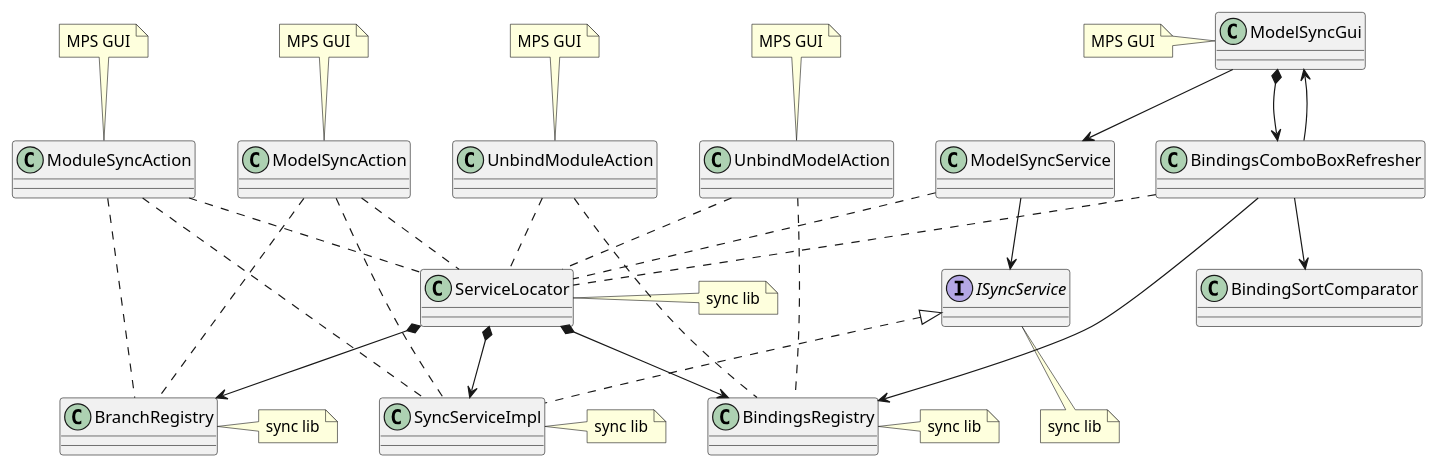
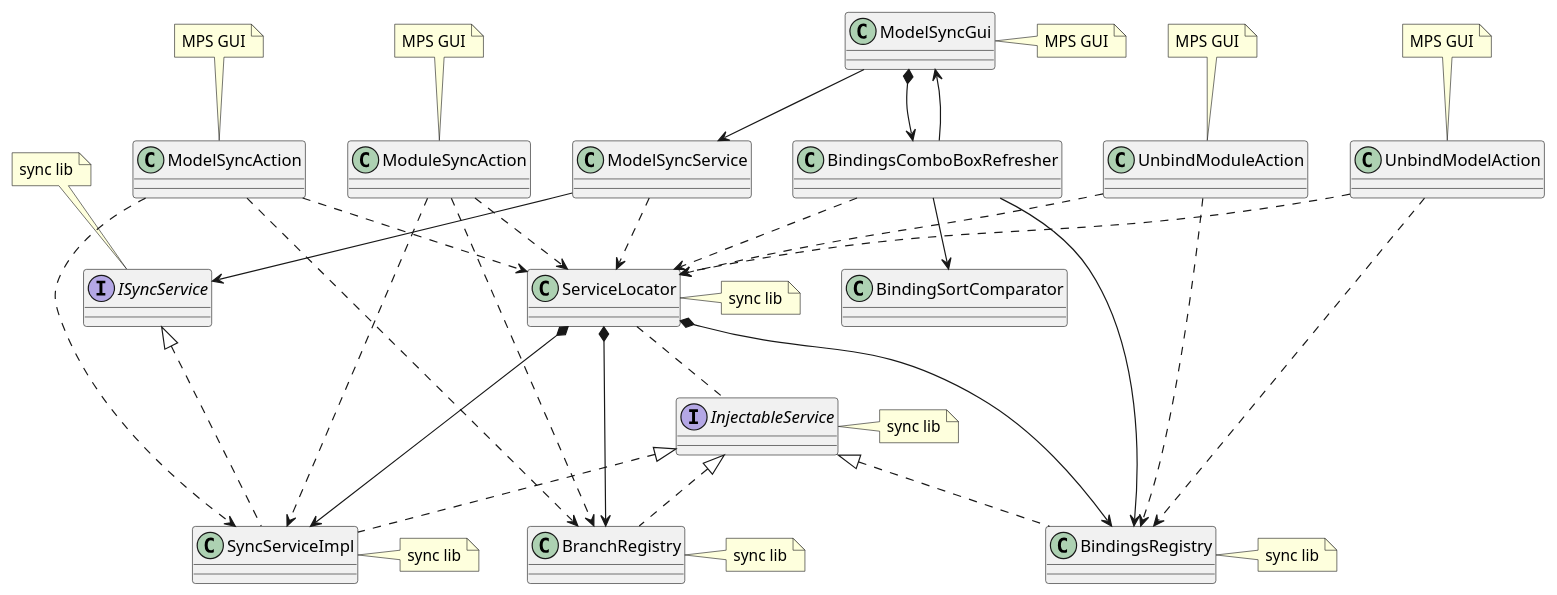
Before and after one commit to modelix/modelix.mps-plugins: the diagram in docs/mps-sync-plugin/diagrams/Plugin-GUI-Sync-Lib-Integration/Plugin-GUI-Sync-Lib-Integration.md, drawn with PlantUML. The commit also changed other lines of this file and 3 other files, not shown here.

Commit message:
docs(mps-sync-plugin): Add 'Plugin State Persistence and Restore' figure

```diff
--- a/docs/mps-sync-plugin/diagrams/Plugin-GUI-Sync-Lib-Integration/Plugin-GUI-Sync-Lib-Integration.md
+++ b/docs/mps-sync-plugin/diagrams/Plugin-GUI-Sync-Lib-Integration/Plugin-GUI-Sync-Lib-Integration.md
@@ -10,64 +10,72 @@
 @startuml
 'Entities'
 class "ModelSyncGui" as modelSyncGui
 class "ModelSyncService" as modelSyncService
 
 interface "ISyncService" as iSyncService
 class "SyncServiceImpl" as syncServiceImpl
 
 class "ServiceLocator" as serviceLocator
 class "BindingsRegistry" as bindingsRegistry
 class "BranchRegistry" as branchRegistry
 
 class "BindingsComboBoxRefresher" as bindingsComboBoxRefresher
 class "BindingSortComparator" as bindingsSortComparator
 
 class "ModelSyncAction" as modelSyncAction
 class "ModuleSyncAction" as moduleSyncAction
 class "UnbindModelAction" as unbindModelAction
 class "UnbindModuleAction" as unbindModuleAction
 
+interface "InjectableService" as injectableService
+
 'Relations'
 iSyncService <|.. syncServiceImpl
+injectableService <|.. syncServiceImpl
+injectableService <|.. bindingsRegistry
+injectableService <|.. branchRegistry
+
 serviceLocator *--> syncServiceImpl
 serviceLocator *--> bindingsRegistry
 serviceLocator *--> branchRegistry
+serviceLocator .. injectableService
 
 modelSyncGui --> modelSyncService
-modelSyncService .. serviceLocator
+modelSyncService ..> serviceLocator
 modelSyncService --> iSyncService
 
 modelSyncGui *--> bindingsComboBoxRefresher
 bindingsComboBoxRefresher --> modelSyncGui
-bindingsComboBoxRefresher .. serviceLocator
+bindingsComboBoxRefresher ..> serviceLocator
 bindingsComboBoxRefresher --> bindingsRegistry
 bindingsComboBoxRefresher --> bindingsSortComparator
 
-modelSyncAction .. serviceLocator
-modelSyncAction .. branchRegistry
-modelSyncAction .. syncServiceImpl
+modelSyncAction ..> serviceLocator
+modelSyncAction ..> branchRegistry
+modelSyncAction ..> syncServiceImpl
 
-moduleSyncAction .. serviceLocator
-moduleSyncAction .. branchRegistry
-moduleSyncAction .. syncServiceImpl
+moduleSyncAction ..> serviceLocator
+moduleSyncAction ..> branchRegistry
+moduleSyncAction ..> syncServiceImpl
 
-unbindModelAction .. serviceLocator
-unbindModelAction .. bindingsRegistry
+unbindModelAction ..> serviceLocator
+unbindModelAction ..> bindingsRegistry
 
-unbindModuleAction .. serviceLocator
-unbindModuleAction .. bindingsRegistry
+unbindModuleAction ..> serviceLocator
+unbindModuleAction ..> bindingsRegistry
 
 'Notes'
-note left of modelSyncGui: MPS GUI
+note right of modelSyncGui: MPS GUI
 note top of modelSyncAction: MPS GUI
 note top of moduleSyncAction: MPS GUI
 note top of unbindModelAction: MPS GUI
 note top of unbindModuleAction: MPS GUI
 
 note right of syncServiceImpl: sync lib
 note right of serviceLocator: sync lib
 note right of branchRegistry: sync lib
 note right of bindingsRegistry: sync lib
-note bottom of iSyncService: sync lib
+note top of iSyncService: sync lib
+note right of injectableService: sync lib
 
 @enduml
```
